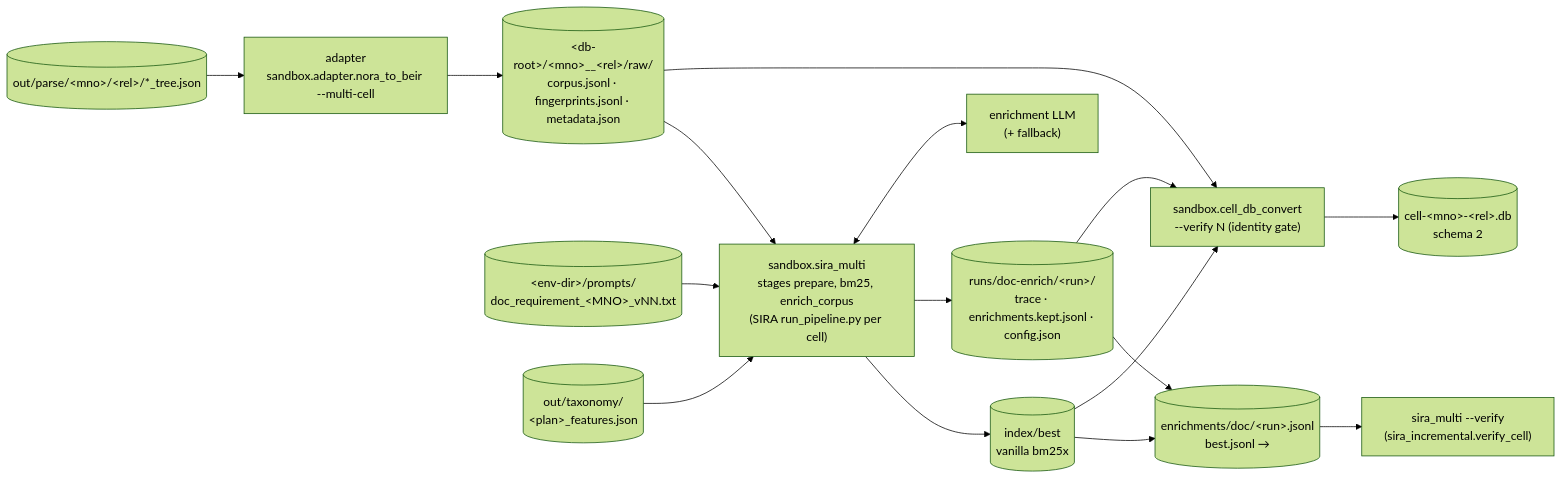
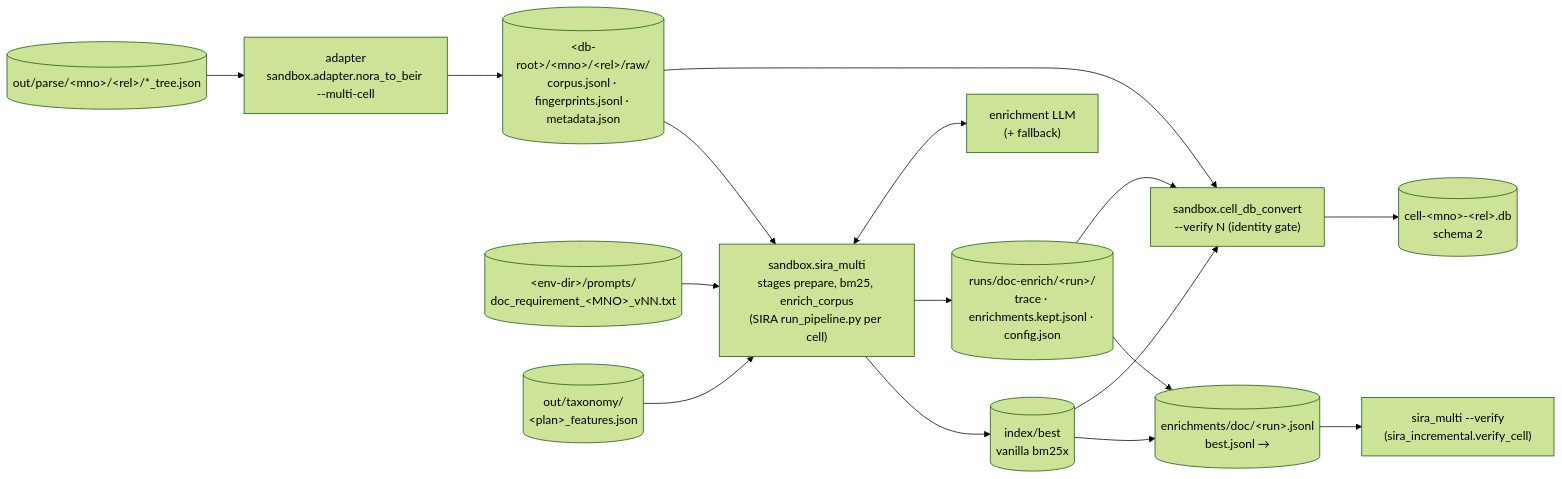
Before and after one commit to kurnoolion/nora: the third of 19 diagrams in docs/architecture.md, drawn with Mermaid (forest theme). The commit also changed other lines of this file and 60 other files, not shown here.

````diff
--- a/docs/architecture.md
+++ b/docs/architecture.md
@@ -424,22 +424,22 @@
 ```mermaid
 flowchart LR
   parse[("out/parse/&lt;mno&gt;/&lt;rel&gt;/*_tree.json")]
   adapter["adapter<br/>sandbox.adapter.nora_to_beir --multi-cell"]
-  raw[("&lt;db-root&gt;/&lt;mno&gt;__&lt;rel&gt;/raw/<br/>corpus.jsonl · fingerprints.jsonl · metadata.json")]
+  raw[("&lt;db-root&gt;/&lt;mno&gt;/&lt;rel&gt;/raw/<br/>corpus.jsonl · fingerprints.jsonl · metadata.json")]
   multi["sandbox.sira_multi<br/>stages prepare, bm25, enrich_corpus<br/>(SIRA run_pipeline.py per cell)"]
   idx[("index/best<br/>vanilla bm25x")]
   runs[("runs/doc-enrich/&lt;run&gt;/<br/>trace · enrichments.kept.jsonl · config.json")]
   best[("enrichments/doc/&lt;run&gt;.jsonl<br/>best.jsonl →")]
   verify["sira_multi --verify<br/>(sira_incremental.verify_cell)"]
   conv["sandbox.cell_db_convert<br/>--verify N (identity gate)"]
   celldb[("cell-&lt;mno&gt;-&lt;rel&gt;.db<br/>schema 2")]
   llm["enrichment LLM<br/>(+ fallback)"]
   prompts[("&lt;env-dir&gt;/prompts/<br/>doc_requirement_&lt;MNO&gt;_vNN.txt")]
   tax[("out/taxonomy/<br/>&lt;plan&gt;_features.json")]
   parse --> adapter --> raw --> multi
   multi --> idx & runs --> best
   prompts & tax --> multi
   multi <--> llm
   idx & raw & runs --> conv --> celldb
   best --> verify
 ```
````
